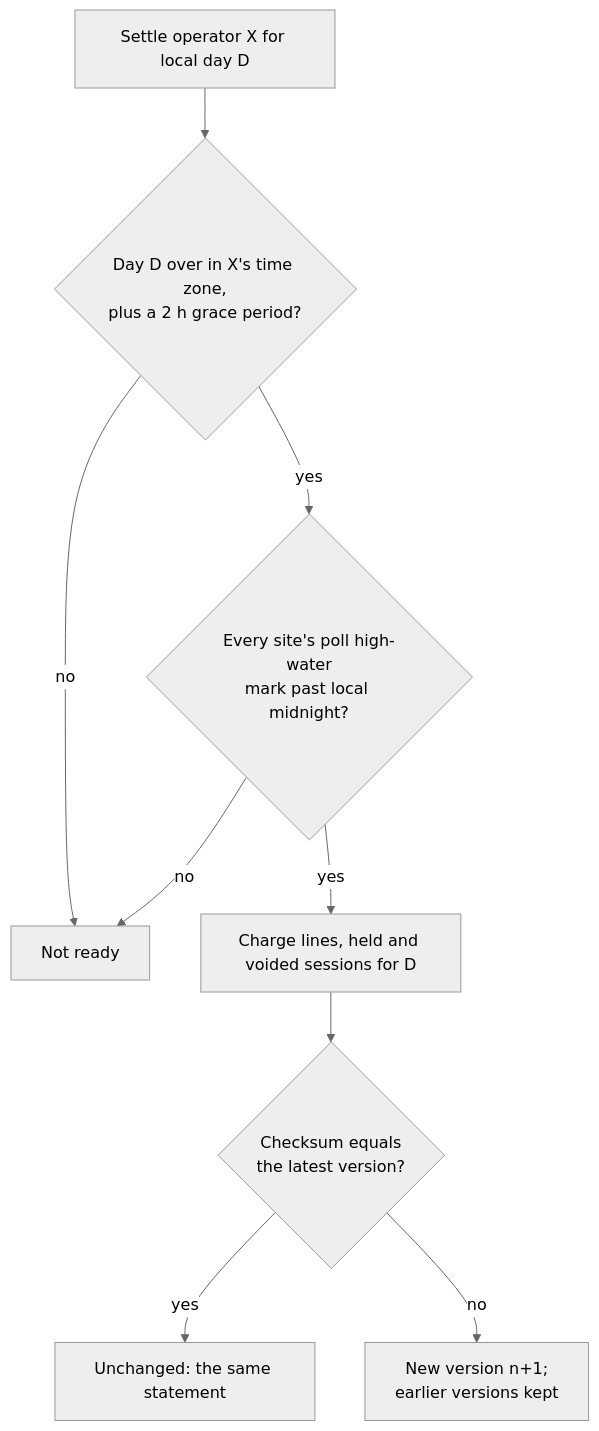
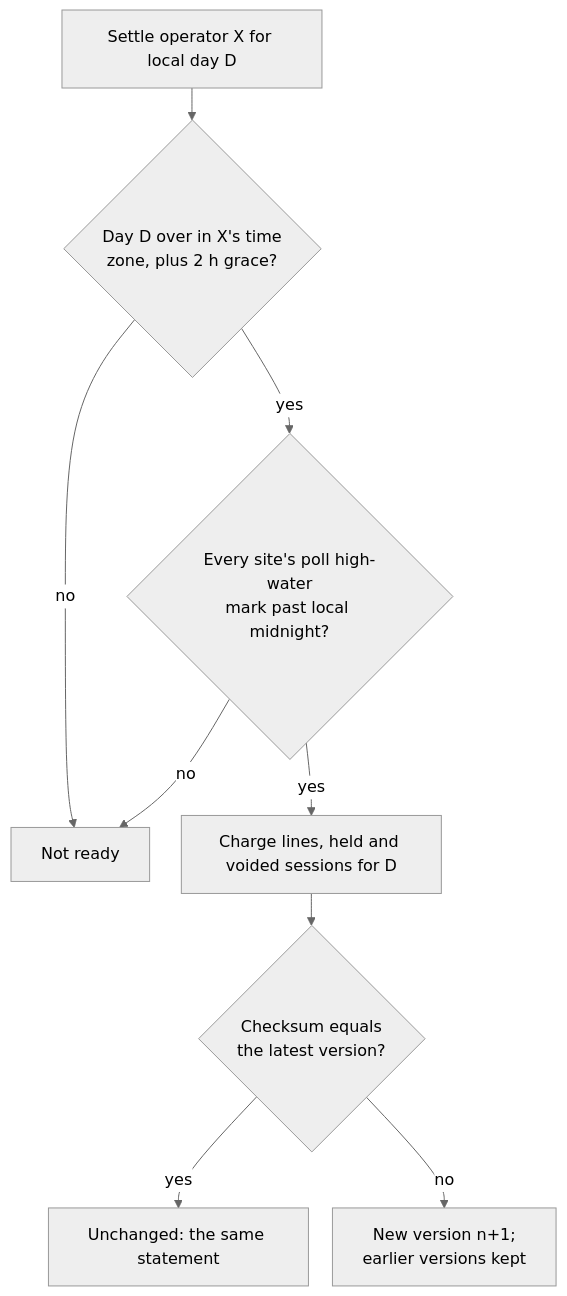
The seventh of 8 diagrams in README.md (thechampsant/gridwatch), drawn with Mermaid (neutral theme) before and after one commit. The commit also changed other lines of this file, not shown here.

First line of the commit message:
README: make the event and settlement diagrams more compact

````diff
--- a/README.md
+++ b/README.md
@@ -318,11 +315,12 @@
 ```mermaid
+%%{init: {"flowchart": {"nodeSpacing": 24, "rankSpacing": 32}}}%%
 flowchart TD
-  T["Settle operator X for local day D"] --> L{"Day D over in X's time zone,<br/>plus a 2 h grace period?"}
+  T["Settle operator X for local day D"] --> L{"Day D over in X's time<br/>zone, plus 2 h grace?"}
   L -- no --> NR["Not ready"]
   L -- yes --> W{"Every site's poll high-water<br/>mark past local midnight?"}
   W -- no --> NR
   W -- yes --> S["Charge lines, held and voided sessions for D"]
   S --> K{"Checksum equals<br/>the latest version?"}
   K -- yes --> UN["Unchanged: the same statement"]
   K -- no --> NV["New version n+1;<br/>earlier versions kept"]
 ```
````
